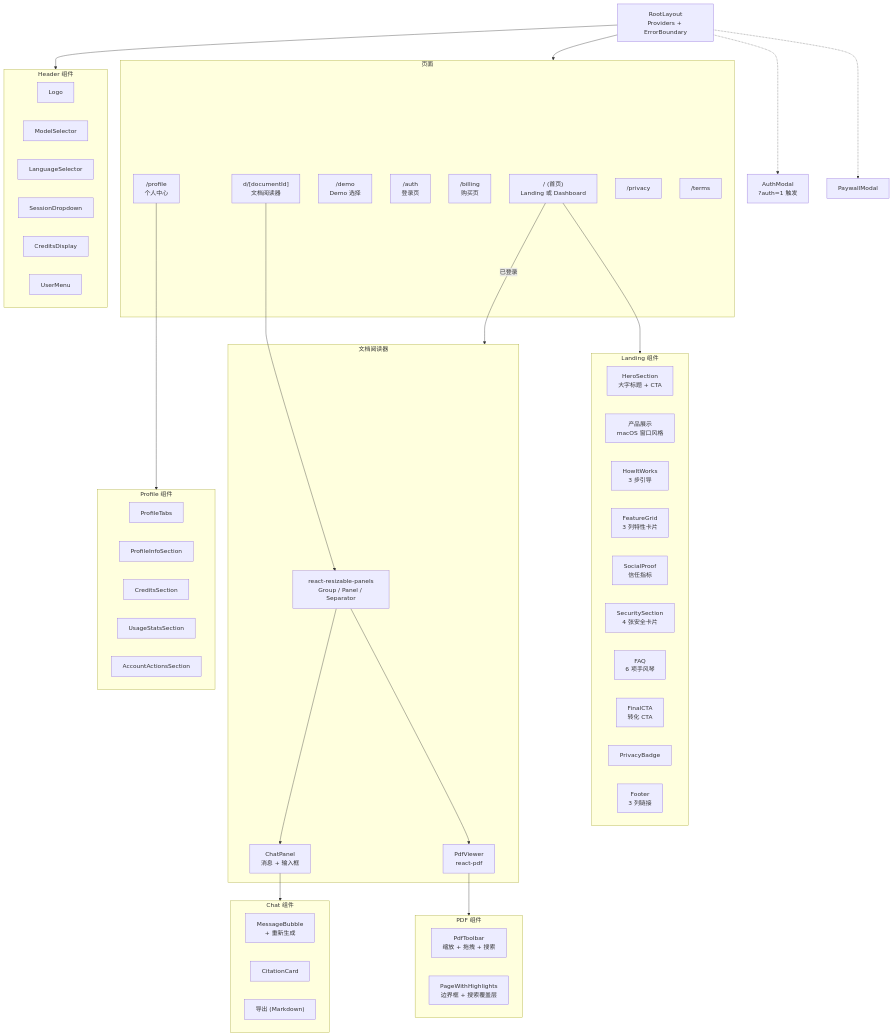
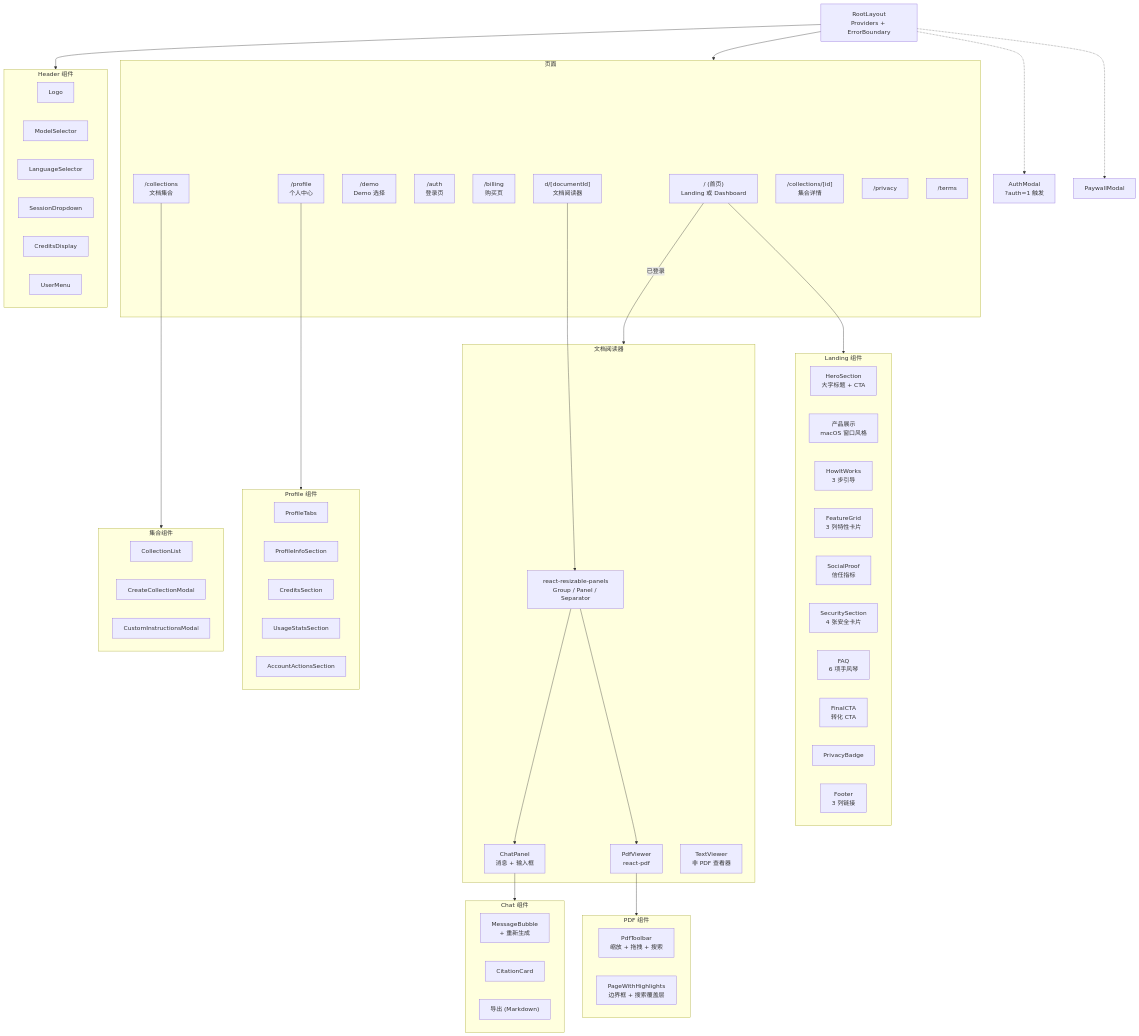
One commit to Rswcf/DocTalk changed the seventh of 8 diagrams in docs/ARCHITECTURE.zh.md. Above: the diagram before and after it, drawn with Mermaid. The commit also changed other lines of this file and 52 other files, not shown here.

First line of the commit message:
feat: Phase 1 product strategy — custom instructions, multi-format, URL import, collections, analytics

```diff
--- a/docs/ARCHITECTURE.zh.md
+++ b/docs/ARCHITECTURE.zh.md
@@ -476,6 +495,8 @@
         Auth["/auth<br/>登录页"]
         Billing["/billing<br/>购买页"]
         Profile["/profile<br/>个人中心"]
+        Collections["/collections<br/>文档集合"]
+        CollDetail["/collections/[id]<br/>集合详情"]
         Privacy["/privacy"]
         Terms["/terms"]
     end
@@ -506,6 +527,7 @@
         ResizablePanels["react-resizable-panels<br/>Group / Panel / Separator"]
         ChatPanel["ChatPanel<br/>消息 + 输入框"]
         PdfViewer["PdfViewer<br/>react-pdf"]
+        TextViewer["TextViewer<br/>非 PDF 查看器"]
     end
 
     subgraph ChatComp["Chat 组件"]
@@ -527,6 +549,12 @@
         AccountSec["AccountActionsSection"]
     end
 
+    subgraph CollComp["集合组件"]
+        CollList["CollectionList"]
+        CreateColl["CreateCollectionModal"]
+        CustomInst["CustomInstructionsModal"]
+    end
+
     Layout --> Pages
     Layout --> HeaderComp
     Home --> LandingComp
@@ -537,6 +565,7 @@
     ChatPanel --> ChatComp
     PdfViewer --> PdfComp
     Profile --> ProfileComp
+    Collections --> CollComp
 
     AuthModal["AuthModal<br/>?auth=1 触发"]
     PaywallMod["PaywallModal"]
```
